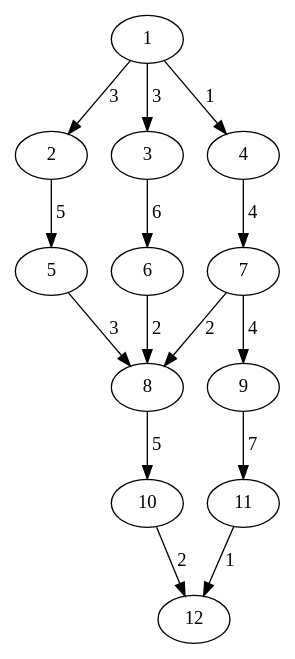
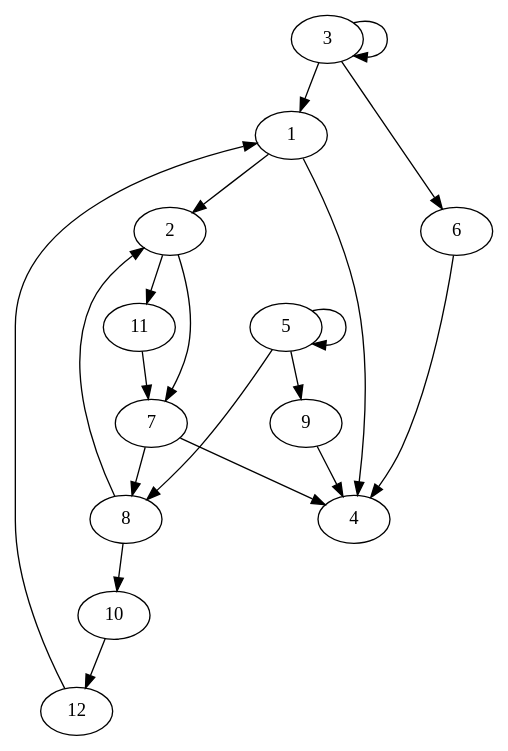
One commit to vinicius-de-souza/graphapplication changed the diagram in testes/grafo1.dot. Above: the diagram before and after it, drawn with Graphviz. The commit also changed 6 other files, not shown here.

```diff
--- a/testes/grafo1.dot
+++ b/testes/grafo1.dot
@@ -1,18 +1,25 @@
 strict digraph G {
 
-    1 ->  2 [label=" 3"]
-    1 ->  3 [label=" 3"]
-    1 ->  4 [label=" 1"]
-    2 ->  5 [label=" 5"]
-    3 ->  6 [label=" 6"]
-    4 ->  7 [label=" 4"]
-    5 ->  8 [label=" 3"]
-    6 ->  8 [label=" 2"]
-    7 ->  8 [label=" 2"]
-    7 ->  9 [label=" 4"]
-    8 ->  10 [label=" 5"]
-    9 ->  11 [label=" 7"]
-    10 ->  12 [label=" 2"]
-    11 ->  12 [label=" 1"]
+    1 ->  2
+    1 ->  4
+    1 ->  2
+    2 ->  7
+    2 ->  11
+    3 ->  1
+    3 ->  3
+    3 ->  6
+    3 ->  6
+    5 ->  5
+    5 ->  8
+    5 ->  9
+    6 ->  4
+    7 ->  4
+    7 ->  8
+    8 ->  2
+    8 ->  10
+    9 ->  4
+    10 ->  12
+    11 ->  7
+    12 ->  1
 
  }
```
